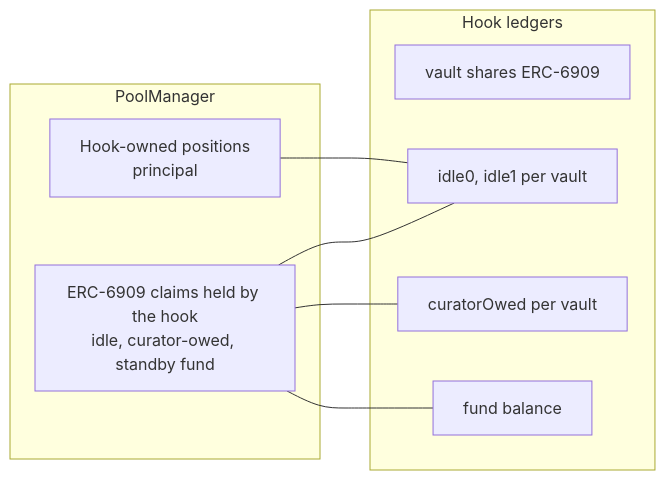
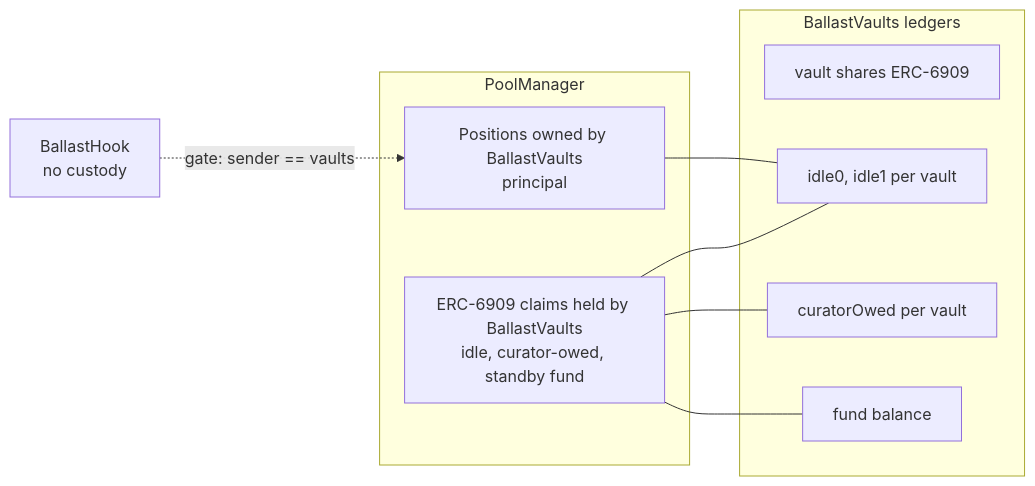
Before and after one commit to Maxwell316/Ballast: the eighth of 8 diagrams in docs/ARCHITECTURE.md, drawn with Mermaid. The commit also changed other lines of this file and 10 other files, not shown here.

Commit message:
docs: ADR-045..049 (split custody, earliestRelease, buckets, dust rule) and spec/contract/architecture/threat/testing/deployment/README patches

````diff
--- a/docs/ARCHITECTURE.md
+++ b/docs/ARCHITECTURE.md
@@ -180,17 +185,18 @@
 ```mermaid
 flowchart LR
     subgraph PoolManager
-      P[Hook-owned positions<br/>principal]
-      Cl[ERC-6909 claims held by the hook<br/>idle, curator-owed, standby fund]
+      P[Positions owned by BallastVaults<br/>principal]
+      Cl[ERC-6909 claims held by BallastVaults<br/>idle, curator-owed, standby fund]
     end
-    subgraph Hook_internal_ledgers[Hook ledgers]
+    subgraph Vaults_internal_ledgers[BallastVaults ledgers]
       Sh[vault shares ERC-6909]
       Id[idle0, idle1 per vault]
       Co[curatorOwed per vault]
       Fu[fund balance]
     end
+    H[BallastHook<br/>no custody] -. gate: sender == vaults .-> P
     P --- Id
     Cl --- Id
     Cl --- Co
     Cl --- Fu
 ```
````
